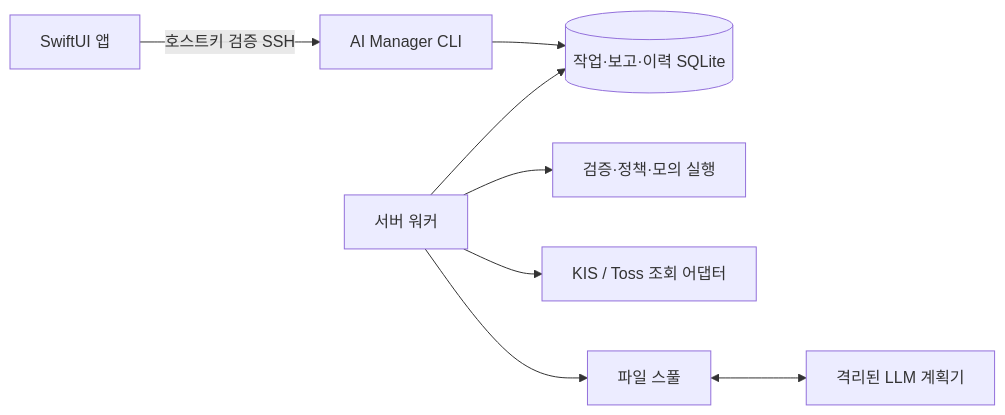
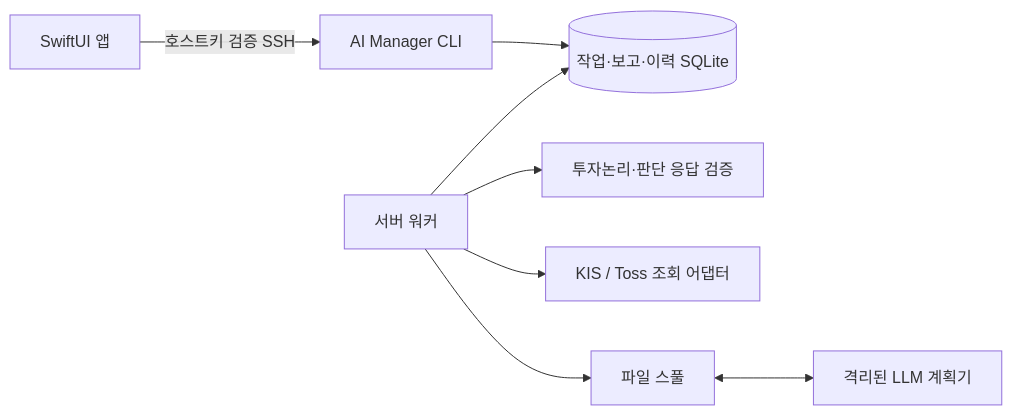
One commit to 3759357/ai-manager changed the diagram in docs/architecture.md. Above: the diagram before and after it, drawn with Mermaid. The commit also changed other lines of this file and 33 other files, not shown here.

````diff
--- a/docs/architecture.md
+++ b/docs/architecture.md
@@ -3,10 +3,10 @@
 ```mermaid
 flowchart LR
     Phone[SwiftUI 앱] -->|호스트키 검증 SSH|CLI[AI Manager CLI]
     CLI --> Store[(작업·보고·이력 SQLite)]
     Worker[서버 워커] --> Store
-    Worker --> Gate[검증·정책·모의 실행]
+    Worker --> Gate[투자논리·판단 응답 검증]
     Worker --> Brokers[KIS / Toss 조회 어댑터]
     Worker --> Spool[파일 스풀]
     Spool <--> LLM[격리된 LLM 계획기]
 ```
````
